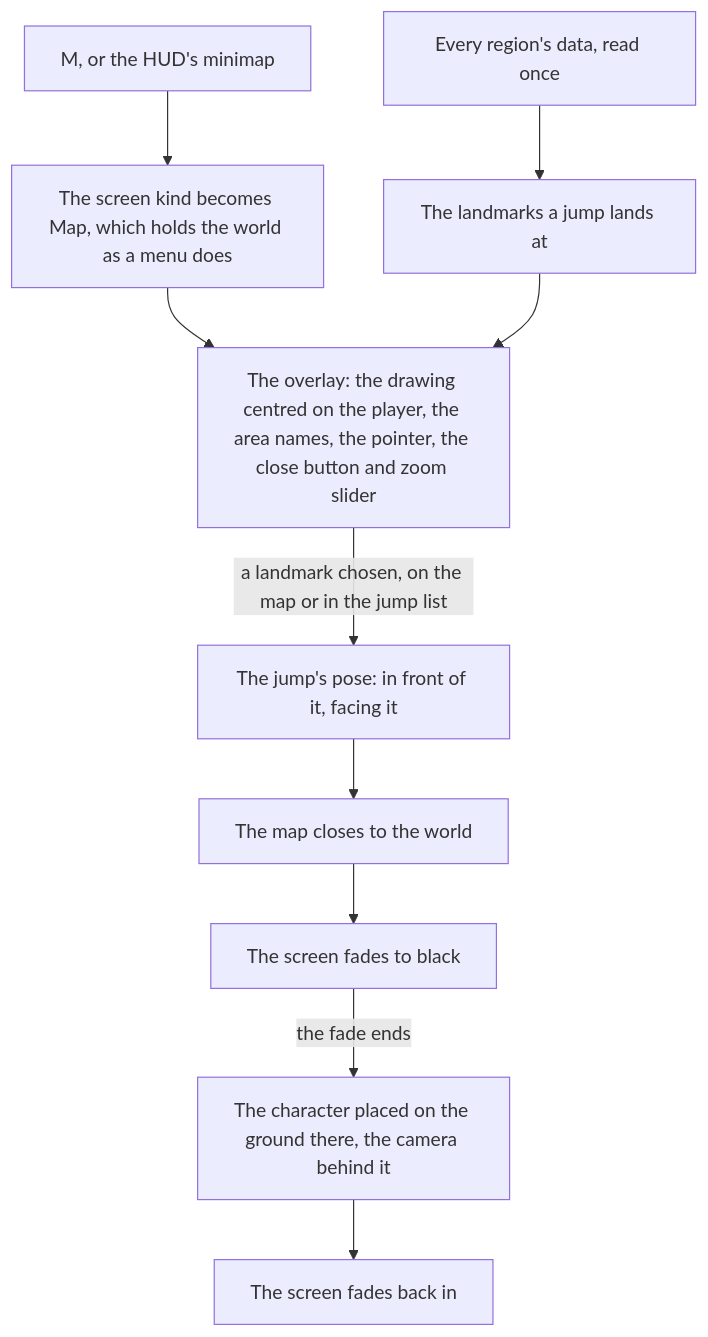
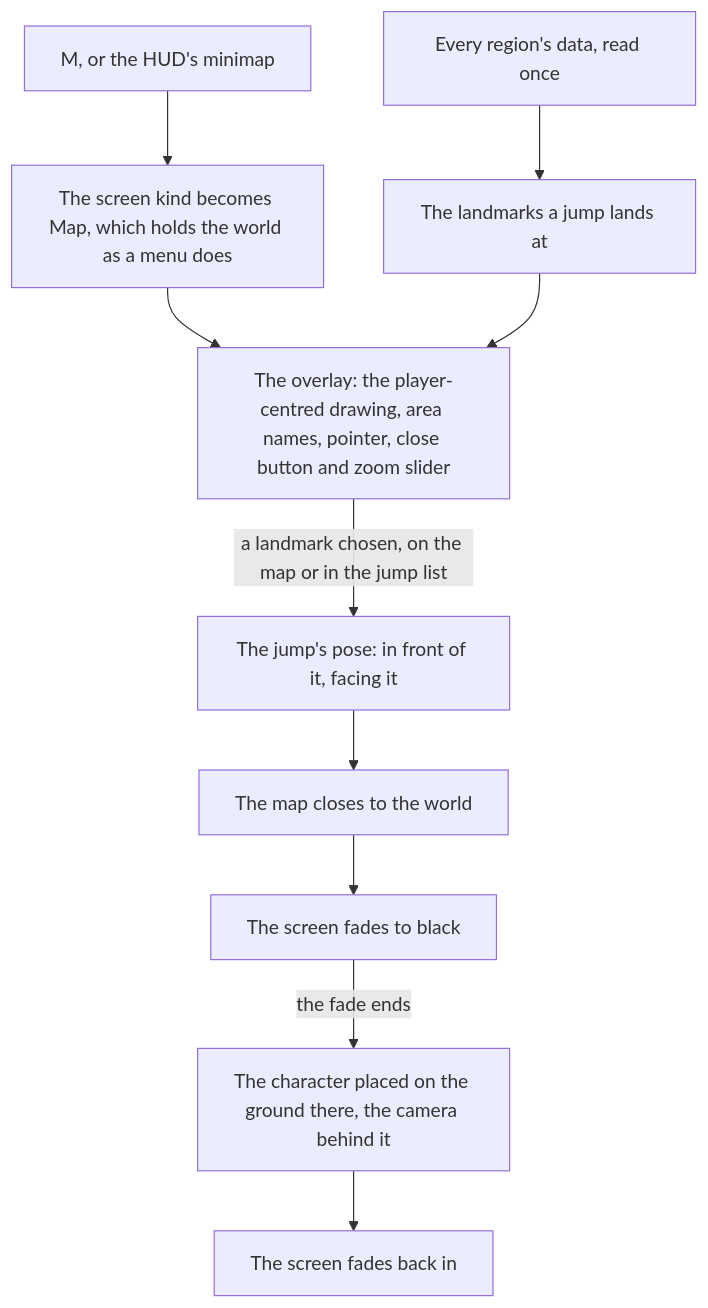
Before and after one commit to Esposter/Esposter: the diagram in apps/web/content/docs/genshin/map.md, drawn with Mermaid. The commit also changed 1 other file, not shown here.

Commit message:
docs(genshin): two diagram labels shortened to the ninety characters the label test allows
Claude-Session: https://claude.ai/code/session_01PCYnokirTo1fA25eEfkvth

````diff
--- a/apps/web/content/docs/genshin/map.md
+++ b/apps/web/content/docs/genshin/map.md
@@ -12,12 +12,12 @@
 ```mermaid
 flowchart TD
   M["M, or the HUD's minimap"] --> SCR["The screen kind becomes Map, which holds the world as a menu does"]
-  SCR --> OV["The overlay: the drawing centred on the player, the area names, the pointer, the close button and zoom slider"]
+  SCR --> OV["The overlay: the player-centred drawing, area names, pointer, close button and zoom slider"]
   REG["Every region's data, read once"] --> LM["The landmarks a jump lands at"]
   LM --> OV
   OV -->|"a landmark chosen, on the map or in the jump list"| POSE["The jump's pose: in front of it, facing it"]
   POSE --> CLOSE["The map closes to the world"]
   CLOSE --> FADE["The screen fades to black"]
   FADE -->|"the fade ends"| PLACE["The character placed on the ground there, the camera behind it"]
   PLACE --> IN["The screen fades back in"]
 ```
````
